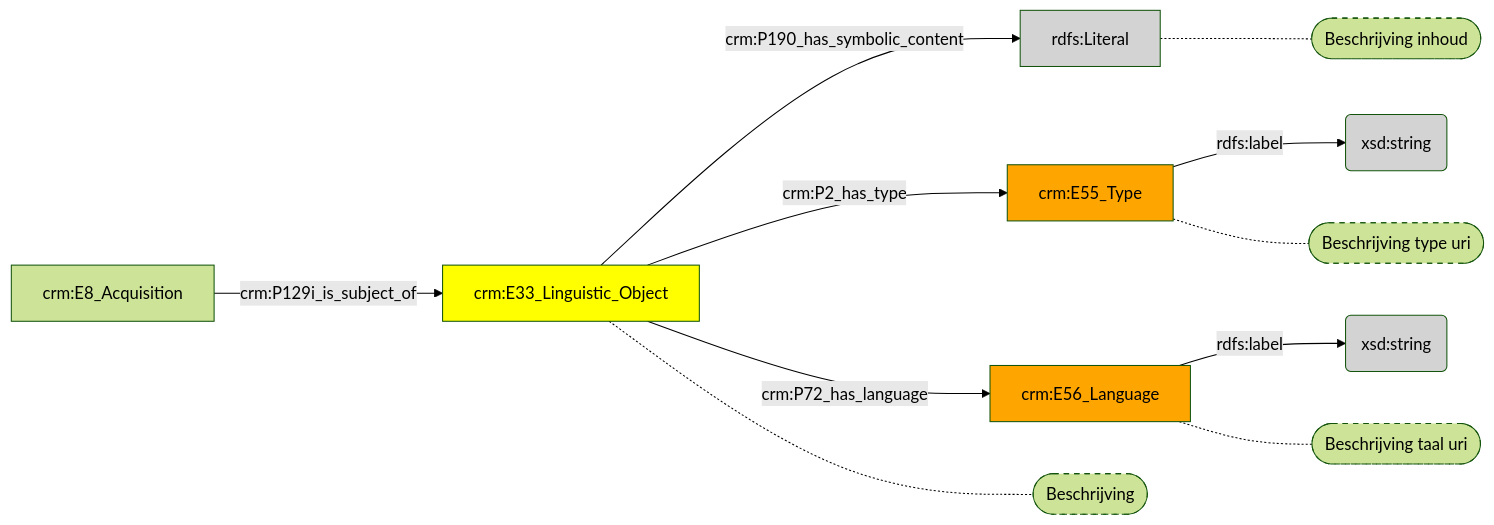
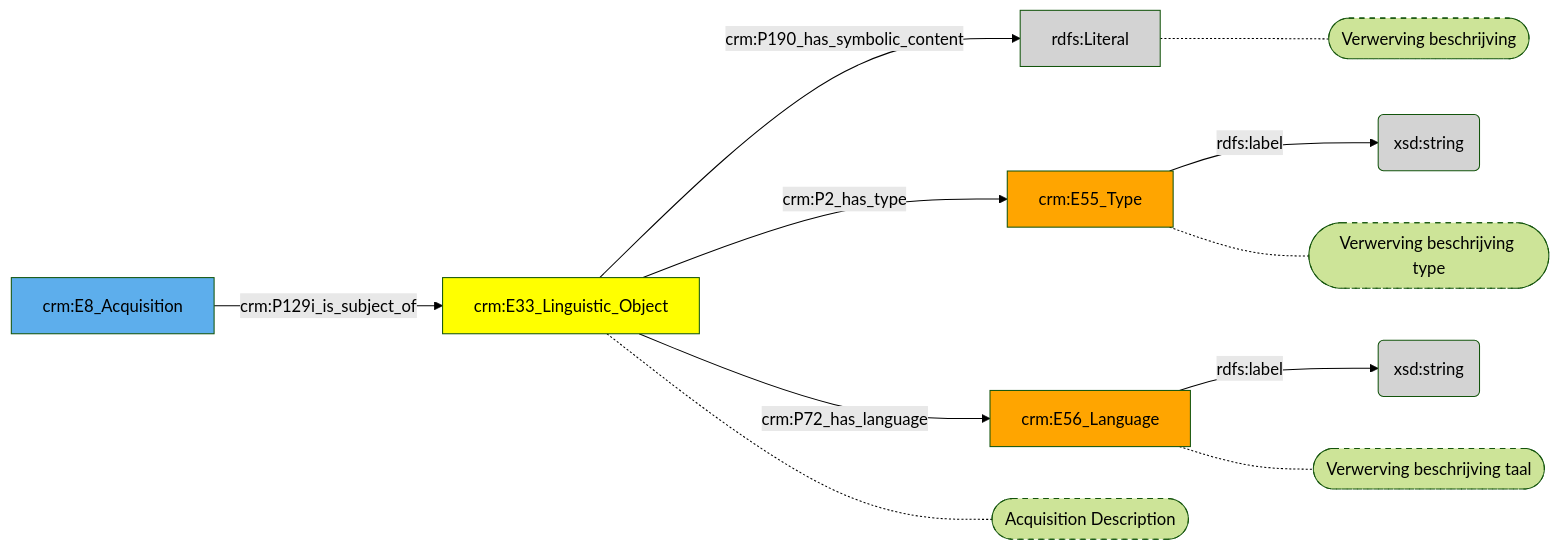
The diagram in docs/content/modellen/Acquisition/Inhoud.md (digipolisantwerpdocumentation/antwerp-cultureel-erfgoed), drawn with Mermaid (forest theme) before and after one commit. The commit also changed 173 other files, not shown here.

````diff
--- a/docs/content/modellen/Acquisition/Inhoud.md
+++ b/docs/content/modellen/Acquisition/Inhoud.md
@@ -1,23 +1,24 @@
 ```mermaid
 graph LR
 0a2a3cd4-e991-11ed-9064-00163e71351b["crm:E33_Linguistic_Object"]-->|"crm:P190_has_symbolic_content"|0a2a41ac-e991-11ed-9064-00163e71351b(rdfs:Literal)
 0a2a44d6-e991-11ed-9064-00163e71351b["crm:E55_Type"]-->|"rdfs:label"|0a2a4364-e991-11ed-9064-00163e71351b(xsd:string)
 0a2a479c-e991-11ed-9064-00163e71351b["crm:E56_Language"]-->|"rdfs:label"|0a2a463e-e991-11ed-9064-00163e71351b(xsd:string)
 0a2a3cd4-e991-11ed-9064-00163e71351b["crm:E33_Linguistic_Object"]-->|"crm:P2_has_type"|0a2a44d6-e991-11ed-9064-00163e71351b["crm:E55_Type"]
 0a2a3cd4-e991-11ed-9064-00163e71351b["crm:E33_Linguistic_Object"]-->|"crm:P72_has_language"|0a2a479c-e991-11ed-9064-00163e71351b["crm:E56_Language"]
 7b658ca8-d44e-11ed-9064-00163e71351b["crm:E8_Acquisition"]-->|"crm:P129i_is_subject_of"|0a2a3cd4-e991-11ed-9064-00163e71351b["crm:E33_Linguistic_Object"]
+0a2a41ac-e991-11ed-9064-00163e71351b["rdfs:Literal"]-.-0a2a41ac-e991-11ed-9064-00163e71351b_s(["Verwerving beschrijving"])
+0a2a44d6-e991-11ed-9064-00163e71351b["crm:E55_Type"]-.-0a2a44d6-e991-11ed-9064-00163e71351b_s(["Verwerving beschrijving type"])
+0a2a479c-e991-11ed-9064-00163e71351b["crm:E56_Language"]-.-0a2a479c-e991-11ed-9064-00163e71351b_s(["Verwerving beschrijving taal"])
+0a2a3cd4-e991-11ed-9064-00163e71351b["crm:E33_Linguistic_Object"]-.-0a2a3cd4-e991-11ed-9064-00163e71351b_s(["Acquisition Description"])
 style 0a2a41ac-e991-11ed-9064-00163e71351b_s stroke-dasharray: 5
 style 0a2a44d6-e991-11ed-9064-00163e71351b_s stroke-dasharray: 5
 style 0a2a479c-e991-11ed-9064-00163e71351b_s stroke-dasharray: 5
 style 0a2a3cd4-e991-11ed-9064-00163e71351b_s stroke-dasharray: 5
-0a2a41ac-e991-11ed-9064-00163e71351b["rdfs:Literal"]-.-0a2a41ac-e991-11ed-9064-00163e71351b_s(["Beschrijving inhoud"])
-0a2a44d6-e991-11ed-9064-00163e71351b["crm:E55_Type"]-.-0a2a44d6-e991-11ed-9064-00163e71351b_s(["Beschrijving type uri"])
-0a2a479c-e991-11ed-9064-00163e71351b["crm:E56_Language"]-.-0a2a479c-e991-11ed-9064-00163e71351b_s(["Beschrijving taal uri"])
-0a2a3cd4-e991-11ed-9064-00163e71351b["crm:E33_Linguistic_Object"]-.-0a2a3cd4-e991-11ed-9064-00163e71351b_s(["Beschrijving"])
 style 0a2a3cd4-e991-11ed-9064-00163e71351b fill:#ffff00
 style 0a2a41ac-e991-11ed-9064-00163e71351b fill:#D3D3D3
 style 0a2a4364-e991-11ed-9064-00163e71351b fill:#D3D3D3
 style 0a2a44d6-e991-11ed-9064-00163e71351b fill:#ffa500
 style 0a2a463e-e991-11ed-9064-00163e71351b fill:#D3D3D3
 style 0a2a479c-e991-11ed-9064-00163e71351b fill:#ffa500
+style 7b658ca8-d44e-11ed-9064-00163e71351b fill:#5DAEEC
 ```
````
